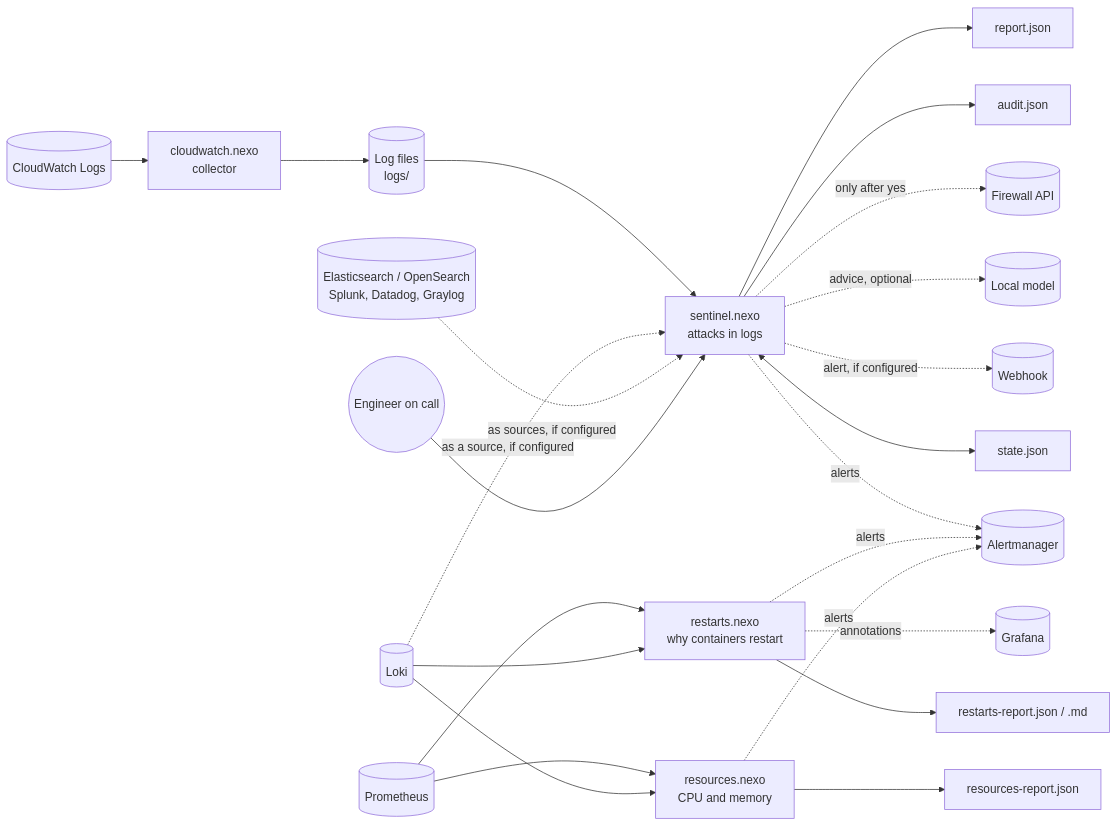
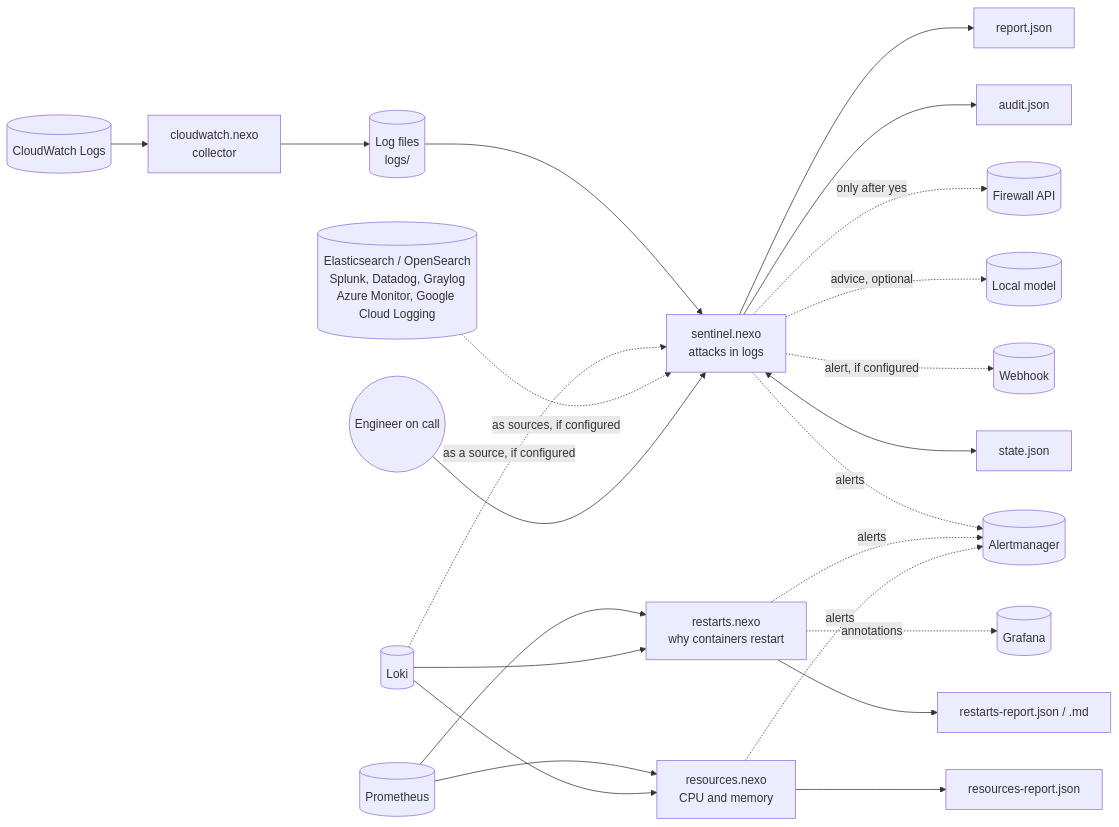
Before and after one commit to marcrabadan/nexo: the first of 3 diagrams in examples/sentinel/ARCHITECTURE.md, drawn with Mermaid. The commit also changed other lines of this file and 5 other files, not shown here.

First line of the commit message:
Sentinel: Azure Monitor and Google Cloud Logging as sources

````diff
--- a/examples/sentinel/ARCHITECTURE.md
+++ b/examples/sentinel/ARCHITECTURE.md
@@ -8,24 +8,24 @@
 ```mermaid
 flowchart LR
     logs[(Log files<br>logs/)] --> sentinel
     prom[(Prometheus)] --> restarts
     prom --> resources
     loki[(Loki)] --> restarts
     loki --> resources
     sentinel[sentinel.nexo<br>attacks in logs] --> report[report.json]
     sentinel --> audit[audit.json]
     sentinel -. only after yes .-> firewall[(Firewall API)]
     sentinel -. advice, optional .-> model[(Local model)]
     sentinel -. alert, if configured .-> hook[(Webhook)]
     sentinel <--> state[state.json]
     loki -. as a source, if configured .-> sentinel
-    others[(Elasticsearch / OpenSearch<br>Splunk, Datadog, Graylog)] -. as sources, if configured .-> sentinel
+    others[(Elasticsearch / OpenSearch<br>Splunk, Datadog, Graylog<br>Azure Monitor, Google Cloud Logging)] -. as sources, if configured .-> sentinel
     cw[(CloudWatch Logs)] --> cloudwatch[cloudwatch.nexo<br>collector] --> logs
     sentinel -. alerts .-> am[(Alertmanager)]
     restarts -. alerts .-> am
     resources -. alerts .-> am
     restarts -. annotations .-> grafana[(Grafana)]
     restarts[restarts.nexo<br>why containers restart] --> rr[restarts-report.json / .md]
     resources[resources.nexo<br>CPU and memory] --> res[resources-report.json]
     person((Engineer on call)) --> sentinel
 ```
````
